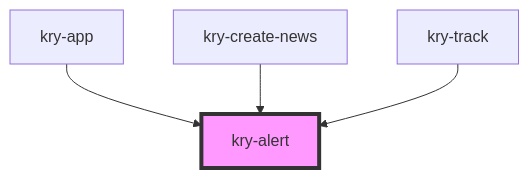
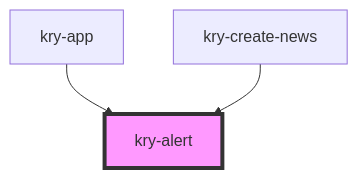
The diagram in libs/core/src/components/alert/readme.md (nathan2slime/spacekrypton-legacy), drawn with Mermaid before and after one commit. The commit also changed other lines of this file and 29 other files, not shown here.

````diff
--- a/libs/core/src/components/alert/readme.md
+++ b/libs/core/src/components/alert/readme.md
@@ -31,7 +30,6 @@
 ```mermaid
 graph TD;
   kry-app --> kry-alert
   kry-create-news --> kry-alert
-  kry-track --> kry-alert
   style kry-alert fill:#f9f,stroke:#333,stroke-width:4px
 ```
````
